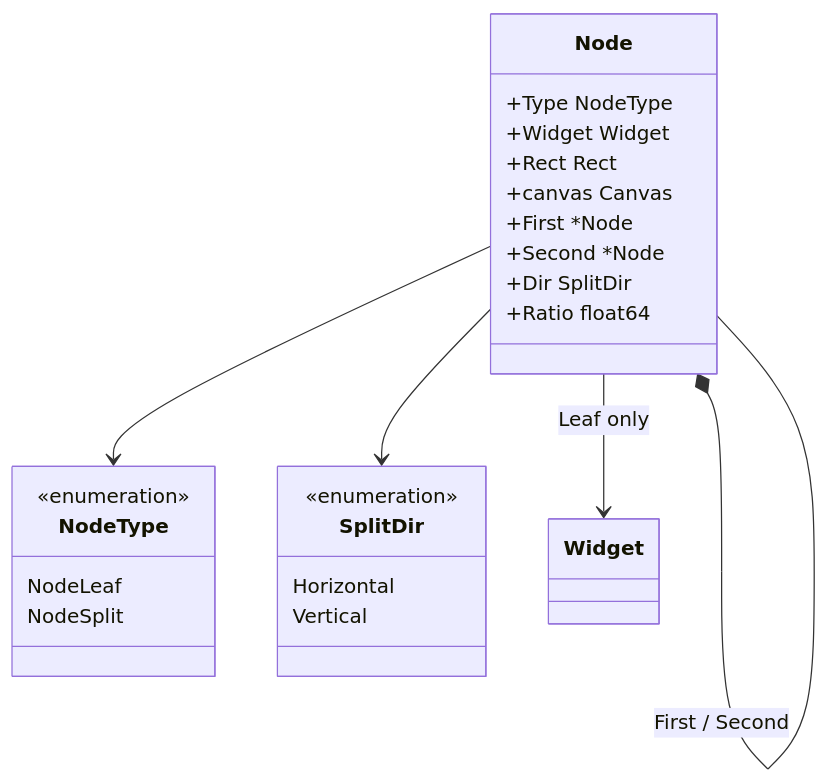
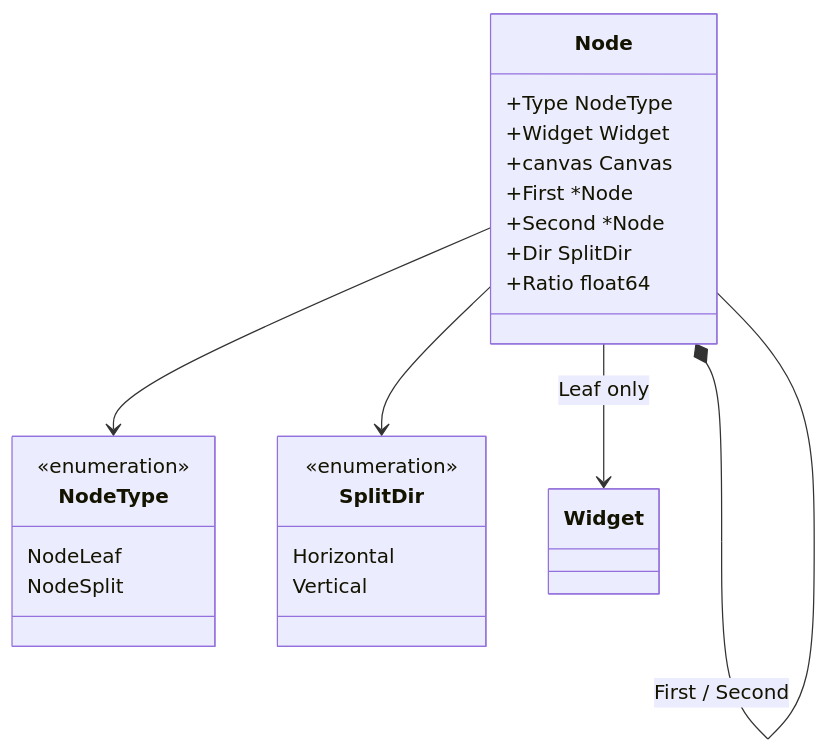
One commit to yairgd/gdbforge changed the second of 7 diagrams in docs/UI_ARCHITECTURE.md. Above: the diagram before and after it, drawn with Mermaid. The commit also changed other lines of this file and 11 other files, not shown here.

````diff
--- a/docs/UI_ARCHITECTURE.md
+++ b/docs/UI_ARCHITECTURE.md
@@ -98,32 +98,31 @@
 ```mermaid
 classDiagram
     direction TB
 
     class Node {
         +Type NodeType
         +Widget Widget
-        +Rect Rect
         +canvas Canvas
         +First *Node
         +Second *Node
         +Dir SplitDir
         +Ratio float64
     }
 
     class NodeType {
         <<enumeration>>
         NodeLeaf
         NodeSplit
     }
 
     class SplitDir {
         <<enumeration>>
         Horizontal
         Vertical
     }
 
     Node --> NodeType
     Node --> SplitDir
     Node *-- Node : First / Second
     Node --> Widget : Leaf only
 ```
````
